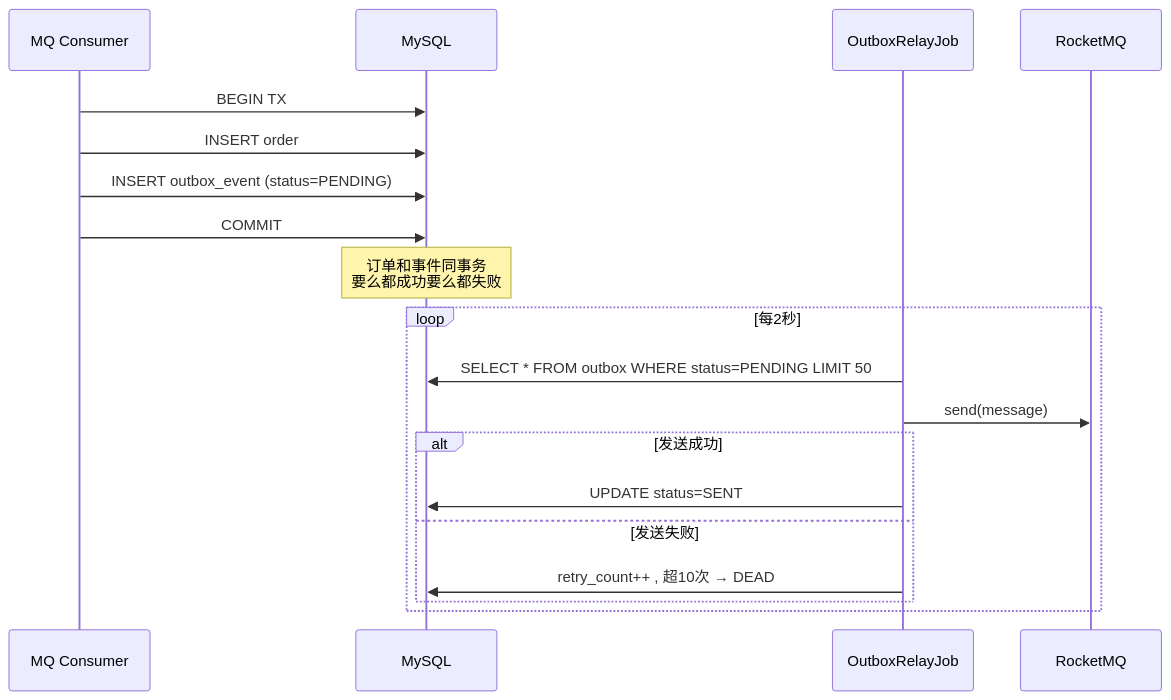
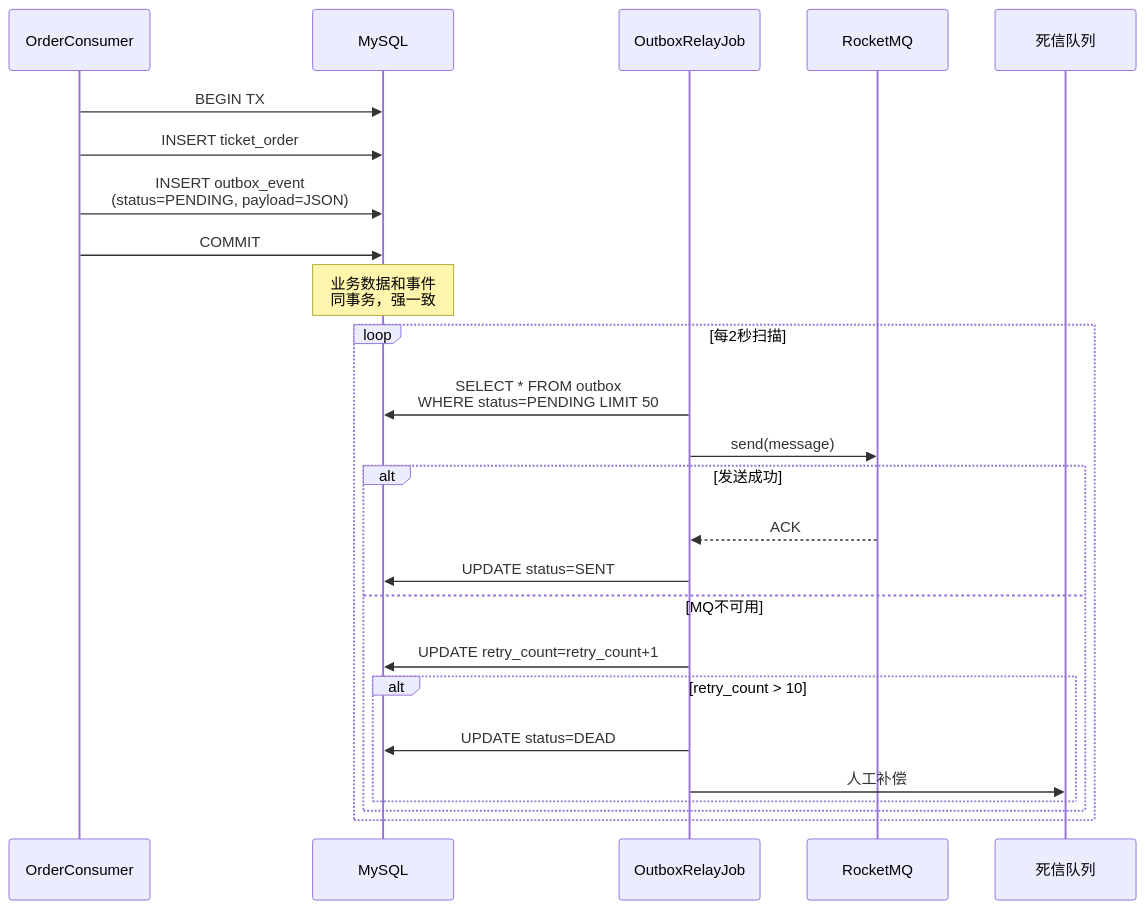
Before and after one commit to wangn-tech/movie-seckill: the seventh of 11 diagrams in docs/架构设计.md, drawn with Mermaid. The commit also changed other lines of this file, not shown here.

First line of the commit message:
docs: rewrite architecture doc with comprehensive mermaid diagrams

````diff
--- a/docs/架构设计.md
+++ b/docs/架构设计.md
@@ -126,22 +233,29 @@
 ```mermaid
 sequenceDiagram
-    participant Cons as MQ Consumer
+    participant CONS as OrderConsumer
     participant DB as MySQL
-    participant Job as OutboxRelayJob
+    participant JOB as OutboxRelayJob
     participant MQ as RocketMQ
+    participant DLQ as 死信队列
 
-    Cons->>DB: BEGIN TX
-    Cons->>DB: INSERT order
-    Cons->>DB: INSERT outbox_event (status=PENDING)
-    Cons->>DB: COMMIT
-    Note over DB: 订单和事件同事务<br/>要么都成功要么都失败
-    loop 每2秒
-        Job->>DB: SELECT * FROM outbox WHERE status=PENDING LIMIT 50
-        Job->>MQ: send(message)
+    CONS->>DB: BEGIN TX
+    CONS->>DB: INSERT ticket_order
+    CONS->>DB: INSERT outbox_event<br/>(status=PENDING, payload=JSON)
+    CONS->>DB: COMMIT
+    Note over DB: 业务数据和事件<br/>同事务，强一致
+
+    loop 每2秒扫描
+        JOB->>DB: SELECT * FROM outbox<br/>WHERE status=PENDING LIMIT 50
+        JOB->>MQ: send(message)
         alt 发送成功
-            Job->>DB: UPDATE status=SENT
-        else 发送失败
-            Job->>DB: retry_count++ , 超10次 → DEAD
+            MQ-->>JOB: ACK
+            JOB->>DB: UPDATE status=SENT
+        else MQ不可用
+            JOB->>DB: UPDATE retry_count=retry_count+1
+            alt retry_count > 10
+                JOB->>DB: UPDATE status=DEAD
+                JOB->>DLQ: 人工补偿
+            end
         end
     end
 ```
````
